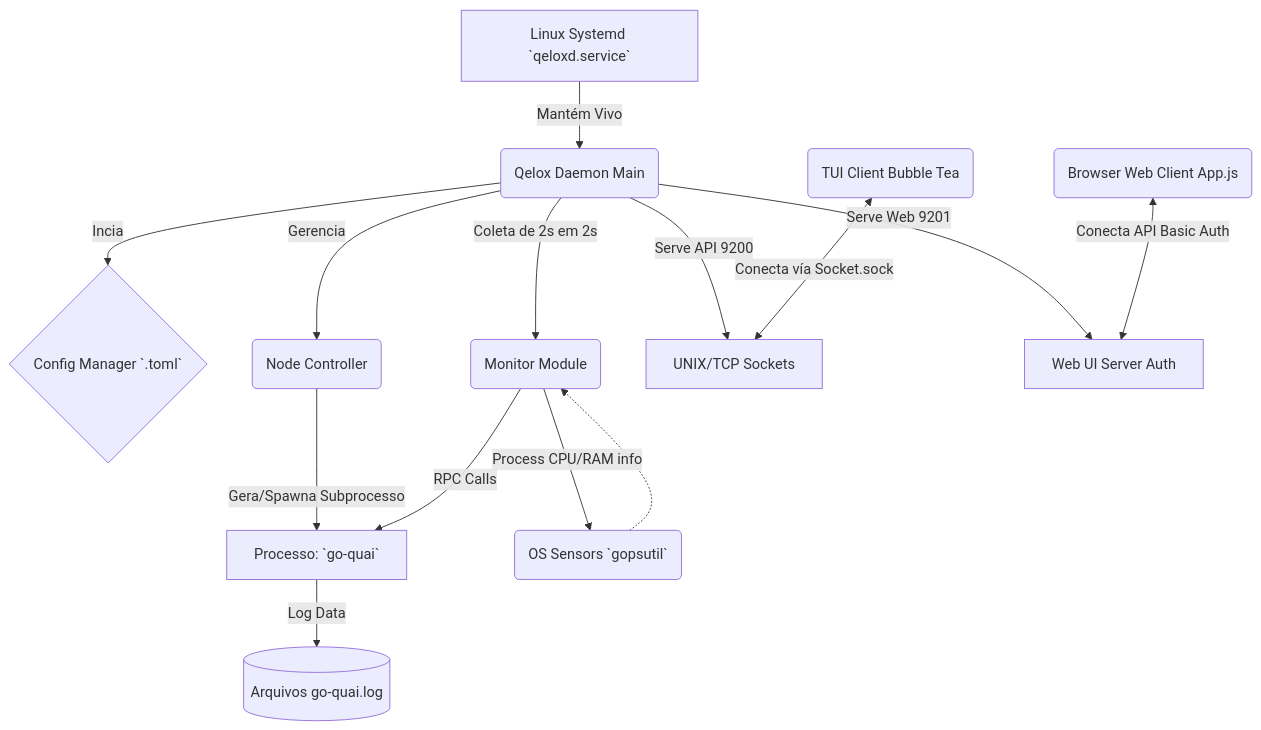
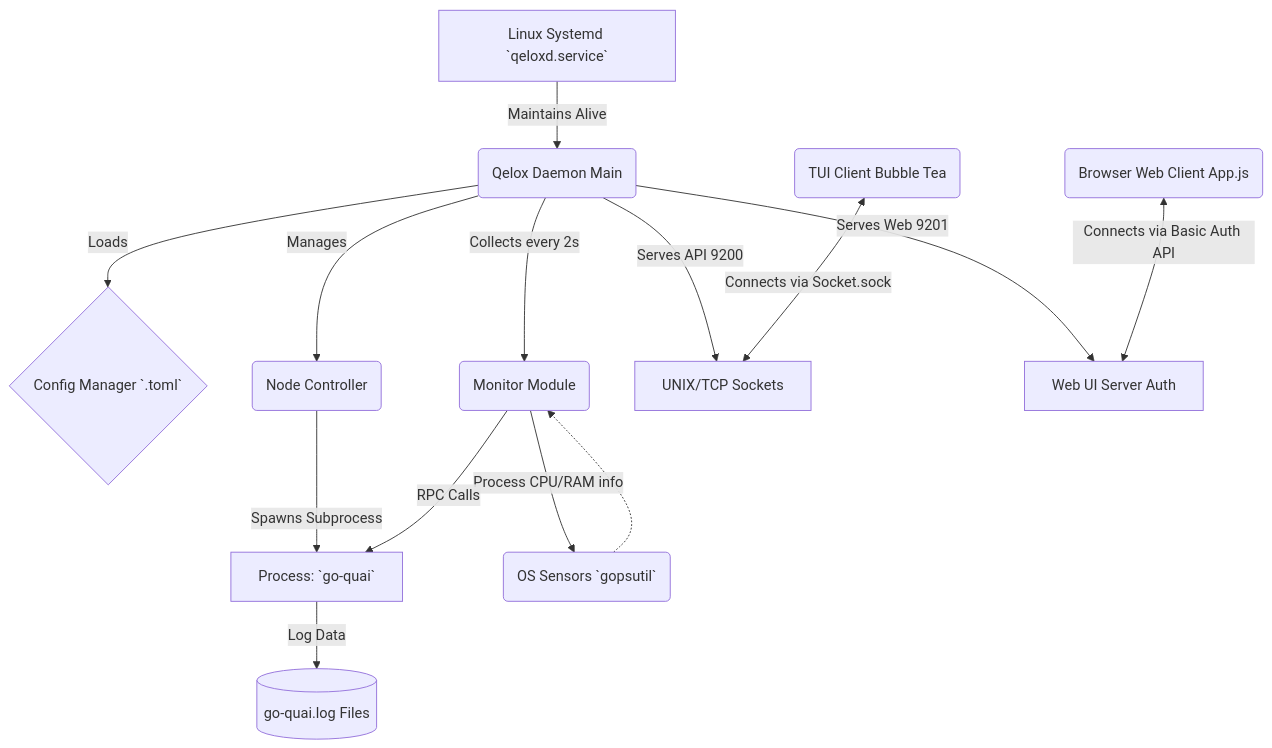
Before and after one commit to geniusdev-tech/qelox: the first of 2 diagrams in QELOX_Architecture_Report.md, drawn with Mermaid. The commit also changed other lines of this file and 13 other files, not shown here.

Commit message:
Internationalization: complete English translation (TUI, Web, Logs, CLI) and security hardening for SaaS

````diff
--- a/QELOX_Architecture_Report.md
+++ b/QELOX_Architecture_Report.md
@@ -17,21 +17,21 @@
 ```mermaid
 graph TD
-    Systemd[Linux Systemd `qeloxd.service`] -->|Mantém Vivo| QeloxDaemon(Qelox Daemon Main)
+    Systemd[Linux Systemd `qeloxd.service`] -->|Maintains Alive| QeloxDaemon(Qelox Daemon Main)
     
-    QeloxDaemon -->|Incia| ConfigManager{Config Manager `.toml`}
-    QeloxDaemon -->|Gerencia| NodeController(Node Controller)
-    QeloxDaemon -->|Coleta de 2s em 2s| MonitorModule(Monitor Module)
-    QeloxDaemon -->|Serve API 9200| SocketServer[UNIX/TCP Sockets]
-    QeloxDaemon -->|Serve Web 9201| WebServer[Web UI Server Auth]
+    QeloxDaemon -->|Loads| ConfigManager{Config Manager `.toml`}
+    QeloxDaemon -->|Manages| NodeController(Node Controller)
+    QeloxDaemon -->|Collects every 2s| MonitorModule(Monitor Module)
+    QeloxDaemon -->|Serves API 9200| SocketServer[UNIX/TCP Sockets]
+    QeloxDaemon -->|Serves Web 9201| WebServer[Web UI Server Auth]
     
-    NodeController -->|Gera/Spawna Subprocesso| GoQuaiProcess[Processo: `go-quai`]
-    GoQuaiProcess -->|Log Data| Nodelogs[(Arquivos go-quai.log)]
+    NodeController -->|Spawns Subprocess| GoQuaiProcess[Process: `go-quai`]
+    GoQuaiProcess -->|Log Data| Nodelogs[(go-quai.log Files)]
     
     MonitorModule -->|Process CPU/RAM info| OS_Sensors(OS Sensors `gopsutil`)
     MonitorModule -->|RPC Calls| GoQuaiProcess
     
-    UI_TUI(TUI Client Bubble Tea) <-->|Conecta vía Socket.sock| SocketServer
-    UI_Web(Browser Web Client App.js) <-->|Conecta API Basic Auth| WebServer
+    UI_TUI(TUI Client Bubble Tea) <-->|Connects via Socket.sock| SocketServer
+    UI_Web(Browser Web Client App.js) <-->|Connects via Basic Auth API| WebServer
     
     OS_Sensors -.-> MonitorModule
 ```
````
